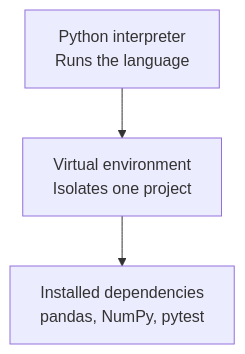
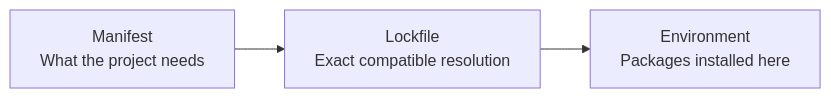
Before and after one commit to Stat386-Fall-2026/Course_Website: the first of 2 diagrams in slides/uv_virtual_envs.qmd, drawn with Mermaid. The commit also changed other lines of this file and 6 other files, not shown here.

````diff
--- a/slides/uv_virtual_envs.qmd
+++ b/slides/uv_virtual_envs.qmd
@@ -164,8 +105,5 @@
 ```{mermaid}
 %%| echo: false
-flowchart TD
-    P["Python interpreter<br/>Runs the language"]
-    E["Virtual environment<br/>Isolates one project"]
-    D["Installed dependencies<br/>pandas, NumPy, pytest"]
-    P --> E --> D
+flowchart LR
+    A["Manifest<br/>What the project needs"] --> B["Lockfile<br/>Exact compatible resolution"] --> C["Environment<br/>Packages installed here"]
 ```
````
